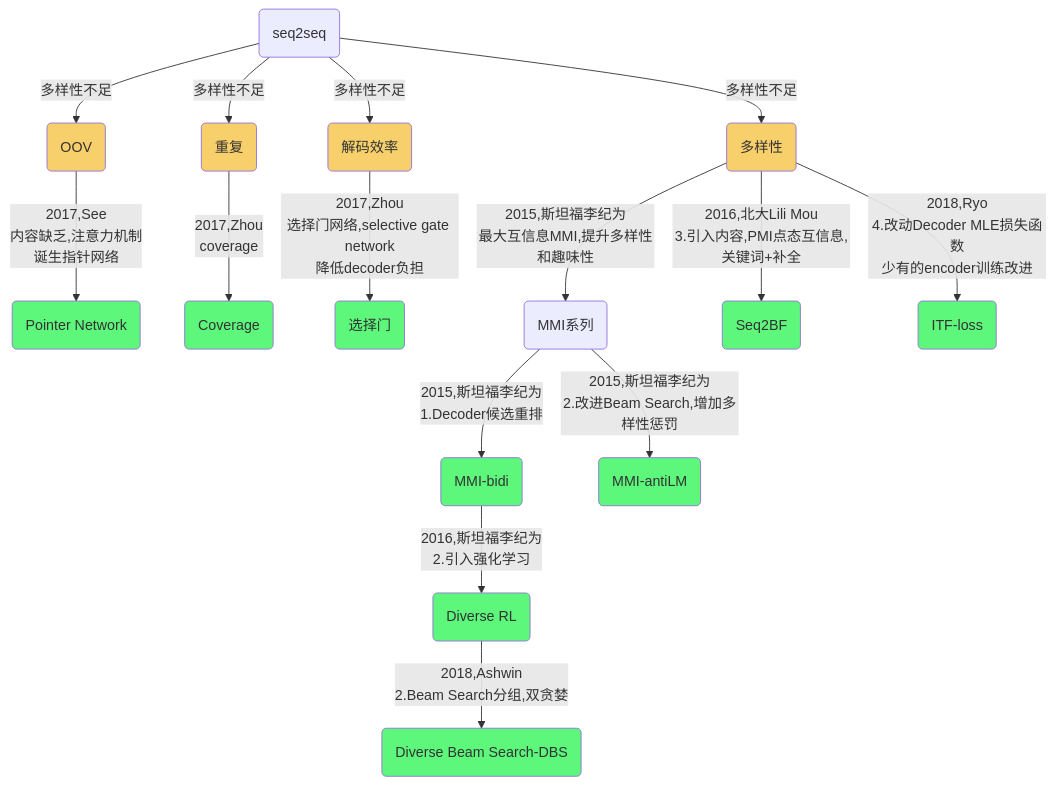
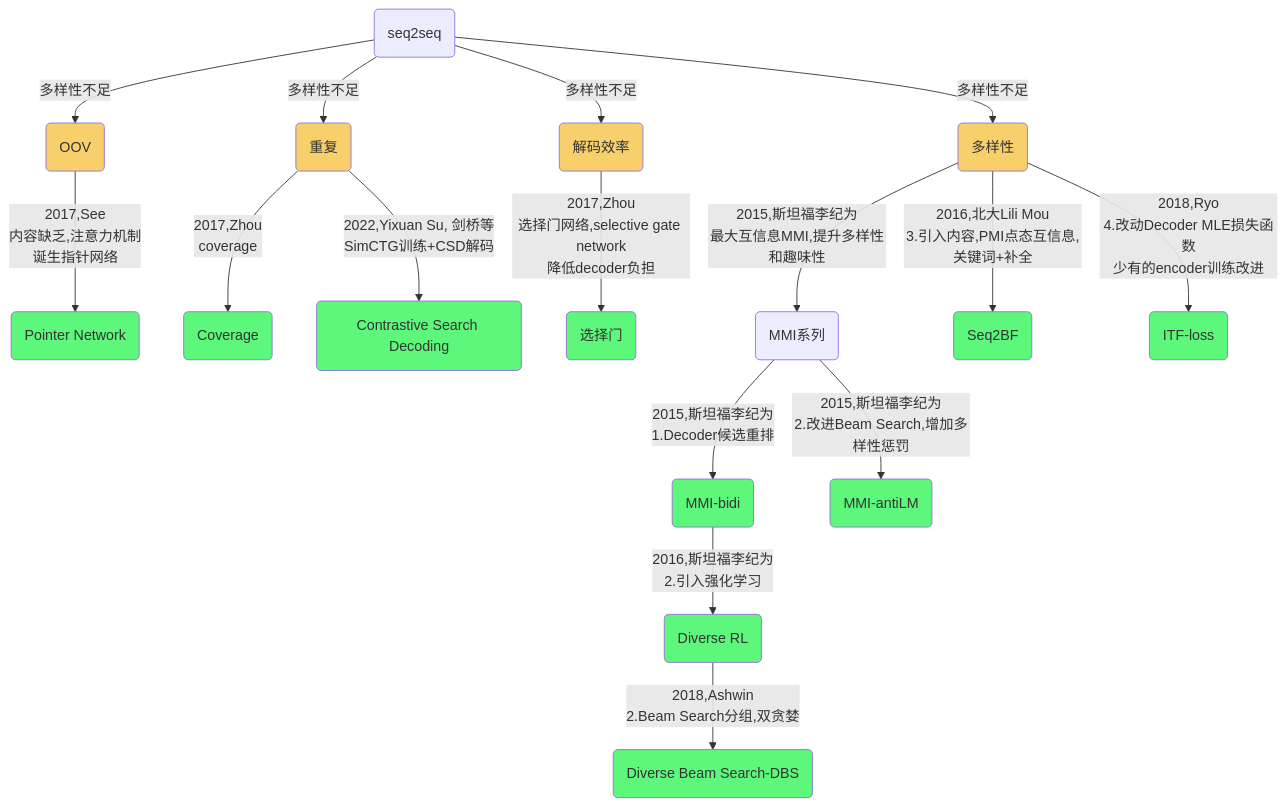
Before and after one commit to Gaohaoyang/gaohaoyang.github.io: the diagram in _posts/2020-04-28-text-generation.md, drawn with Mermaid. The commit also changed other lines of this file, not shown here.

```diff
--- a/_posts/2020-04-28-text-generation.md
+++ b/_posts/2020-04-28-text-generation.md
@@ -1757,27 +1757,29 @@
 <div class="mermaid">
     flowchart TD
     %% 节点颜色
     classDef red fill:#f02;
     classDef green fill:#5CF77B;
     classDef blue fill:#6BE0F7;
     classDef orange fill:#F7CF6B;
     classDef grass fill:#C8D64B;
     %%节点关系定义
     O(seq2seq)-->|多样性不足|Q1(OOV):::orange
     O(seq2seq)-->|多样性不足|Q2(重复):::orange
     O(seq2seq)-->|多样性不足|Q3(多样性):::orange
     O(seq2seq)-->|多样性不足|Q4(解码效率):::orange
 
     Q1-->|2017,See\n内容缺乏,注意力机制\n诞生指针网络|Q1A(Pointer Network):::green
     Q2-->|2017,Zhou\ncoverage|Q2A(Coverage):::green
+    Q2-->|2022,Yixuan Su, 剑桥等\nSimCTG训练+CSD解码|Q2B(Contrastive Search Decoding):::green
+
     Q4-->|2017,Zhou\n选择门网络,selective gate network\n降低decoder负担|Q4A(选择门):::green
 
     Q3-->|2015,斯坦福李纪为\n最大互信息MMI,提升多样性和趣味性|A(MMI系列)
     A-->|2015,斯坦福李纪为\n1.Decoder候选重排|B(MMI-bidi):::green
     A-->|2015,斯坦福李纪为\n2.改进Beam Search,增加多样性惩罚|C(MMI-antiLM):::green
     Q3-->|2016,北大Lili Mou\n3.引入内容,PMI点态互信息,关键词+补全|D(Seq2BF):::green
     B-->|2016,斯坦福李纪为\n2.引入强化学习|E(Diverse RL):::green
     E-->|2018,Ashwin\n2.Beam Search分组,双贪婪|F(Diverse Beam Search-DBS):::green
     Q3-->|2018,Ryo\n4.改动Decoder MLE损失函数\n少有的encoder训练改进|G(ITF-loss):::green
 
 </div>
```
